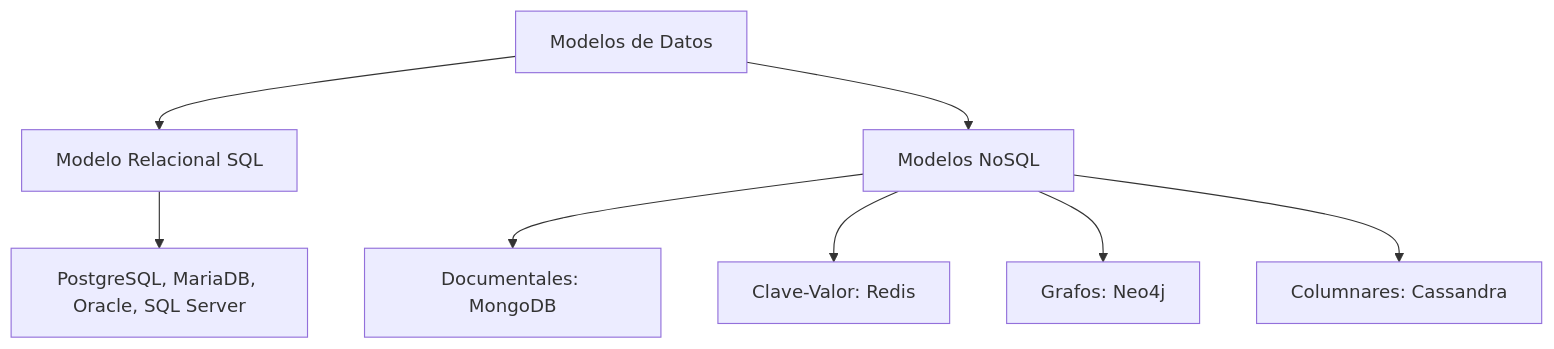
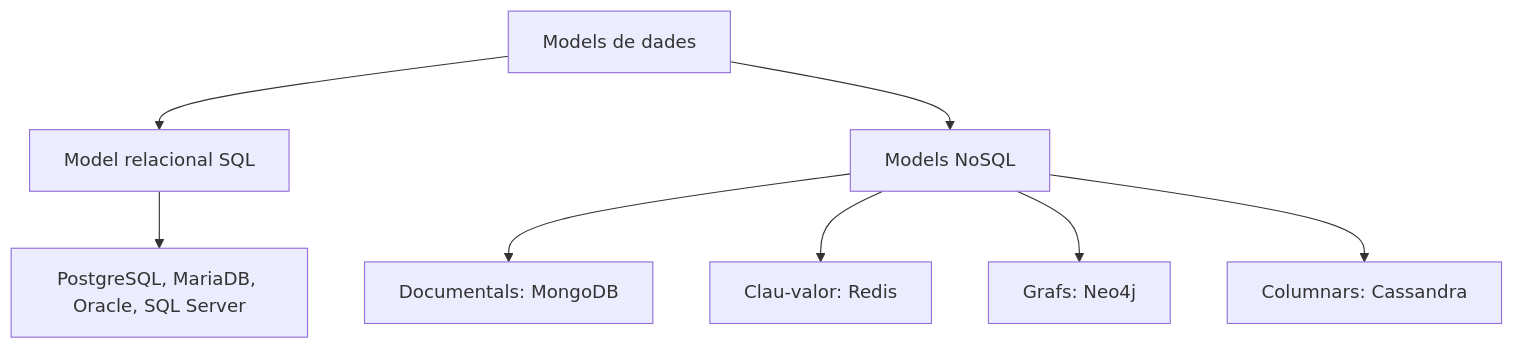
Before and after one commit to LorenaLResusta/BBDD: the first of 3 diagrams in content.es/ud01-introduccion/ud01-teoria.md, drawn with Mermaid. The commit also changed other lines of this file and 13 other files, not shown here.

````diff
--- a/content.es/ud01-introduccion/ud01-teoria.md
+++ b/content.es/ud01-introduccion/ud01-teoria.md
@@ -570,12 +570,12 @@
 ```mermaid
 graph TD
-    MD[Modelos de Datos] --> Rel[Modelo Relacional SQL]
-    MD --> NoSQL[Modelos NoSQL]
+    MD[Models de dades] --> Rel[Model relacional SQL]
+    MD --> NoSQL[Models NoSQL]
 
     Rel --> Rel_Ex[PostgreSQL, MariaDB, Oracle, SQL Server]
 
-    NoSQL --> Doc[Documentales: MongoDB]
-    NoSQL --> KV[Clave-Valor: Redis]
-    NoSQL --> Graph[Grafos: Neo4j]
-    NoSQL --> Col[Columnares: Cassandra]
+    NoSQL --> Doc[Documentals: MongoDB]
+    NoSQL --> KV[Clau-valor: Redis]
+    NoSQL --> Graph[Grafs: Neo4j]
+    NoSQL --> Col[Columnars: Cassandra]
 ```
````
